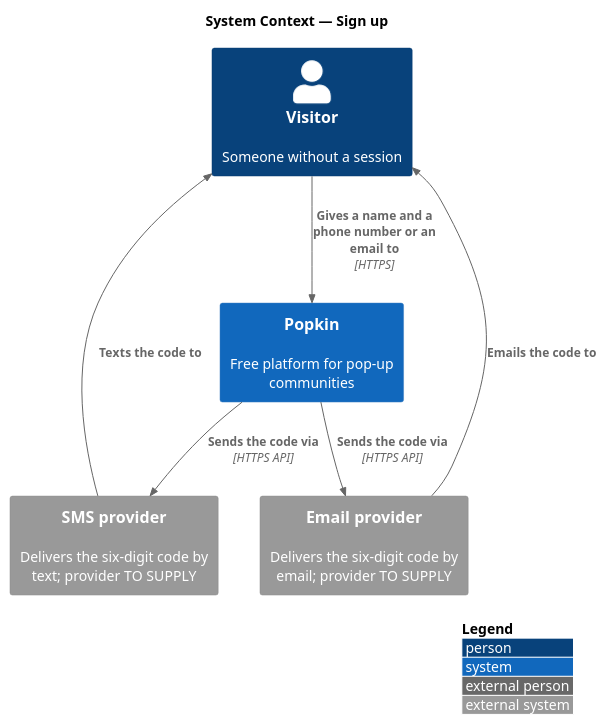
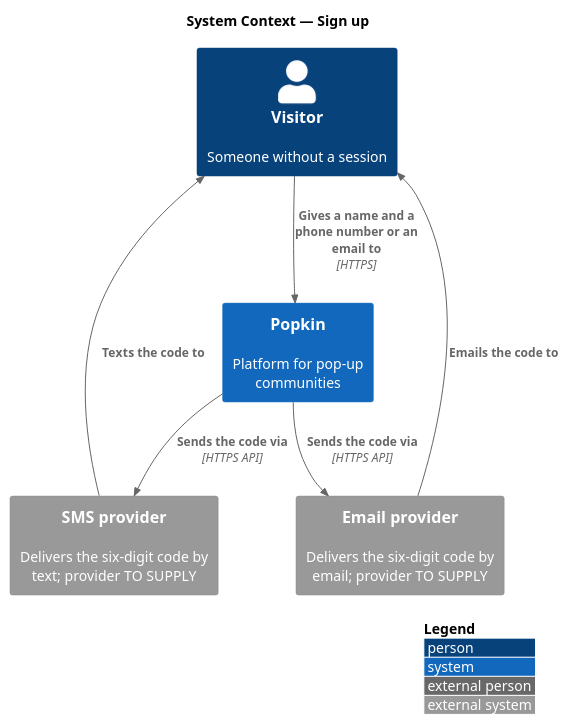
Before and after one commit to QuinntyneBrown/popkin: the diagram in docs/detailed-designs/accounts/sign-up/diagrams/c4-context.puml, drawn with PlantUML. The commit also changed 34 other files, not shown here.

First line of the commit message:
Detailed designs and prompts: no claim that Popkin is free (ADR 0019)

```diff
--- a/docs/detailed-designs/accounts/sign-up/diagrams/c4-context.puml
+++ b/docs/detailed-designs/accounts/sign-up/diagrams/c4-context.puml
@@ -1,16 +1,16 @@
 @startuml
 !include <C4/C4_Context>
 LAYOUT_WITH_LEGEND()
 title System Context — Sign up
 
 Person(visitor, "Visitor", "Someone without a session")
-System(popkin, "Popkin", "Free platform for pop-up communities")
+System(popkin, "Popkin", "Platform for pop-up communities")
 System_Ext(sms, "SMS provider", "Delivers the six-digit code by text; provider TO SUPPLY")
 System_Ext(email, "Email provider", "Delivers the six-digit code by email; provider TO SUPPLY")
 
 Rel(visitor, popkin, "Gives a name and a phone number or an email to", "HTTPS")
 Rel(popkin, sms, "Sends the code via", "HTTPS API")
 Rel(popkin, email, "Sends the code via", "HTTPS API")
 Rel(sms, visitor, "Texts the code to")
 Rel(email, visitor, "Emails the code to")
 @enduml
```
